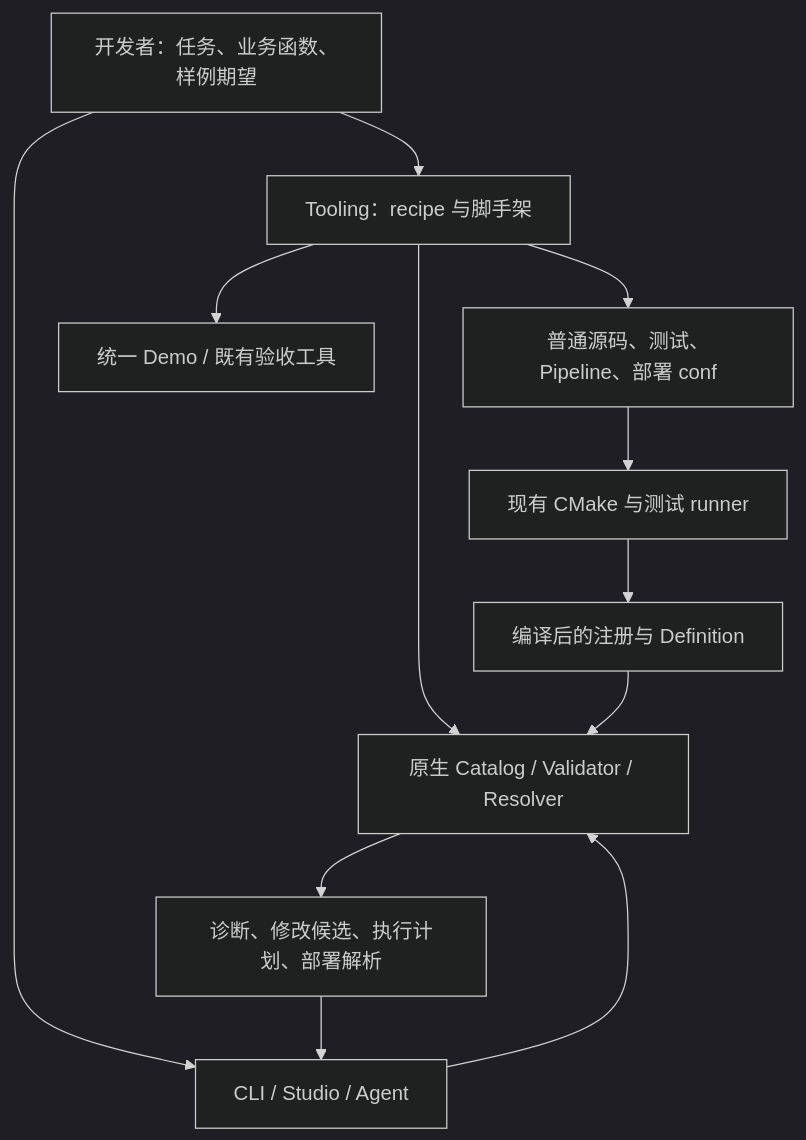
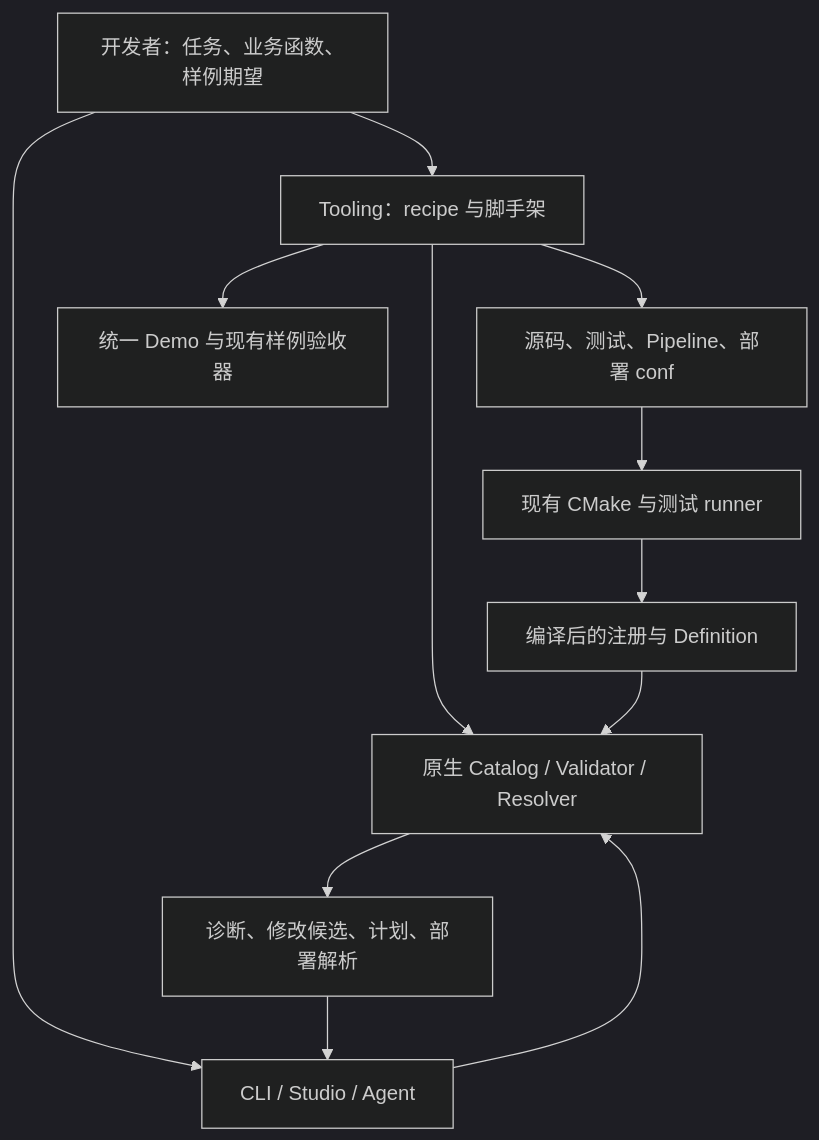
The diagram in doc/rfcs/0051-developer-task-experience.md (chamsechan/LLM-EdgeFlow), drawn with Mermaid (dark theme) before and after one commit. The commit also changed other lines of this file, not shown here.

````diff
--- a/doc/rfcs/0051-developer-task-experience.md
+++ b/doc/rfcs/0051-developer-task-experience.md
@@ -91,14 +74,14 @@
 ```mermaid
 flowchart TB
-    User[开发者：任务、业务函数、样例期望] --> Recipe[Tooling：recipe 与脚手架]
-    User --> UI[CLI / Studio / Agent]
-    Recipe --> Sources[普通源码、测试、Pipeline、部署 conf]
+    Author[开发者：任务、业务函数、样例期望] --> Recipe[Tooling：recipe 与脚手架]
+    Author --> Client[CLI / Studio / Agent]
+    Recipe --> Files[源码、测试、Pipeline、部署 conf]
+    Files --> Build[现有 CMake 与测试 runner]
+    Build --> Catalog[编译后的注册与 Definition]
     Recipe --> Native[原生 Catalog / Validator / Resolver]
-    UI --> Native
-    Native --> Report[诊断、修改候选、执行计划、部署解析]
-    Report --> UI
-    Sources --> Build[现有 CMake 与测试 runner]
-    Build --> Catalog[编译后的注册与 Definition]
+    Client --> Native
     Catalog --> Native
-    Recipe --> Demo[统一 Demo / 既有验收工具]
+    Native --> Report[诊断、修改候选、计划、部署解析]
+    Report --> Client
+    Recipe --> Verify[统一 Demo 与现有样例验收器]
 ```
````
